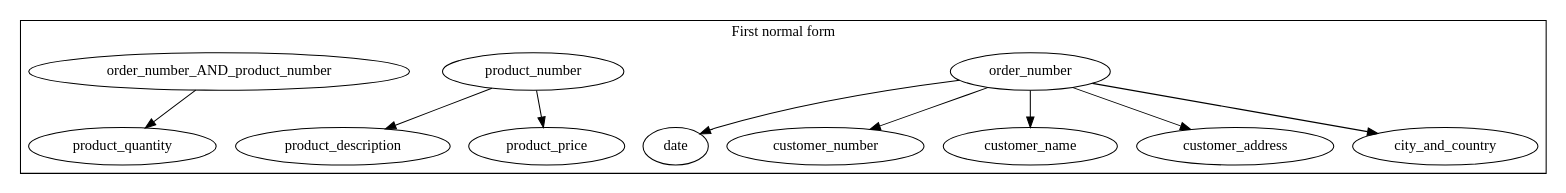
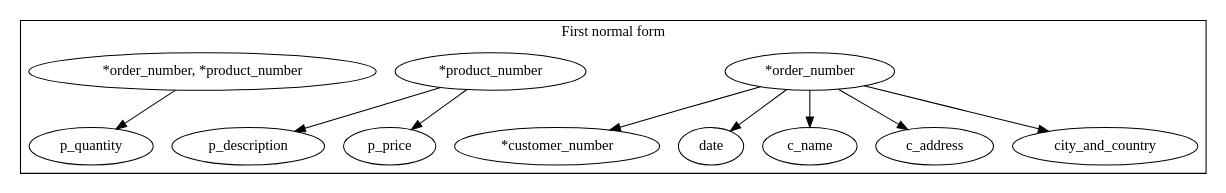
One commit to S-C-Johnston/NCMC-CIS_215 changed the diagram in Ex04/Ex04-Normalization-Stewart_Johnston.gv. Above: the diagram before and after it, drawn with Graphviz.

Commit message:
Fix the First Normal Form subgraph

```diff
--- a/Ex04/Ex04-Normalization-Stewart_Johnston.gv
+++ b/Ex04/Ex04-Normalization-Stewart_Johnston.gv
@@ -1,24 +1,29 @@
 #!/usr/bin/env dot -Tpng -O
 
 digraph normalization {
 
 	subgraph cluster_1nf {
 		label = "First normal form";
-		order_number -> {date, customer_number, customer_name,
-			customer_address, city_and_country};
+		o_number [label="*order_number"];
+		c_number [label="*customer_number"];
+		o_number -> {date, c_number, c_name,
+			c_address, city_and_country};
 
-		product_number -> {product_description, product_price};
-		order_number_AND_product_number -> product_quantity;
+		p_number [label="*product_number"];
+		p_number -> {p_description, p_price};
+		o_number_AND_p_number [label=
+			"*order_number, *product_number"];
+		o_number_AND_p_number -> p_quantity;
 	}
 
 }
 
 //Per graphviz docs, html-based records
 //<> [shape="plain",
 //label=<<table cellspacing="0"
 //cellborder="0">
 //<tr><td><></td></tr>
 //<hr/>
 //<tr><td><></td></tr>
 //</table>>
 //];
```
